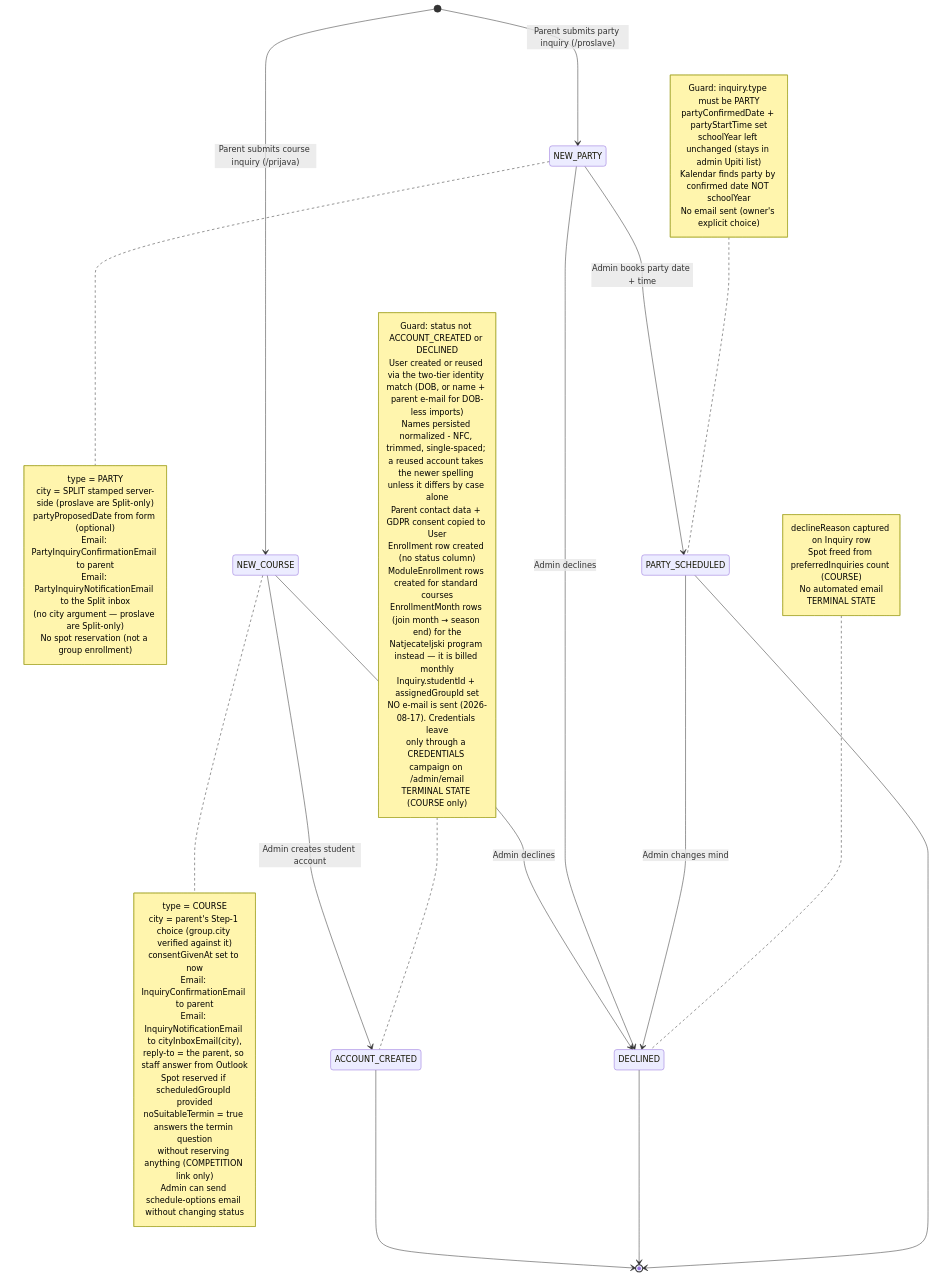
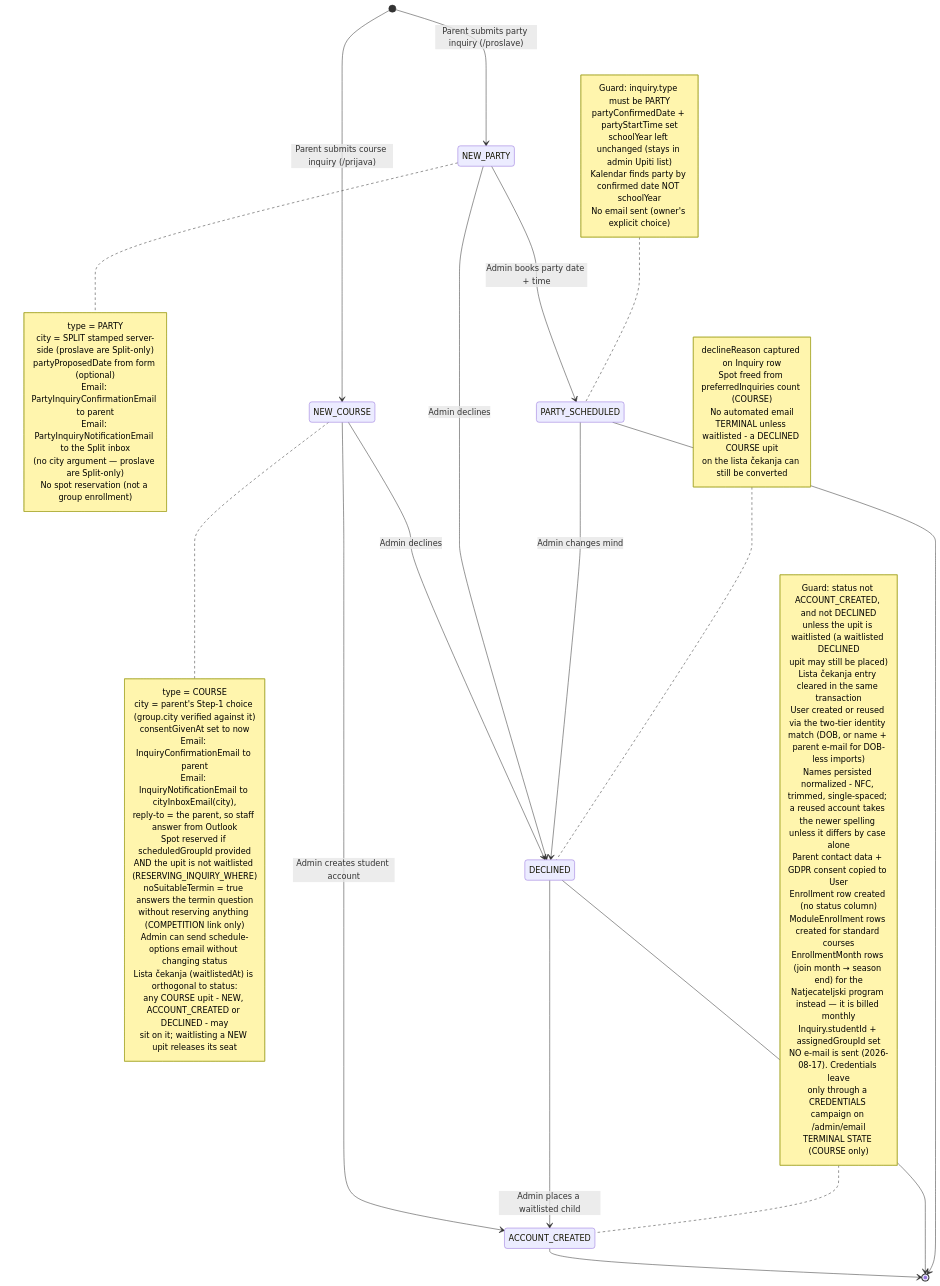
Before and after one commit to jpucic00/inovatic: the first of 17 diagrams in docs/diagrams/enrollment-rules.md, drawn with Mermaid. The commit also changed other lines of this file and 19 other files, not shown here.

First line of the commit message:
Zamjene i lista čekanja: popravci iz validacije, novi upit ne izlazi s liste bez rješenja

````diff
--- a/docs/diagrams/enrollment-rules.md
+++ b/docs/diagrams/enrollment-rules.md
@@ -13,70 +13,79 @@
 ```mermaid
 stateDiagram-v2
     [*] --> NEW_COURSE: Parent submits course inquiry (/prijava)
     [*] --> NEW_PARTY: Parent submits party inquiry (/proslave)
 
     NEW_COURSE --> ACCOUNT_CREATED: Admin creates student account
     NEW_COURSE --> DECLINED: Admin declines
 
     NEW_PARTY --> PARTY_SCHEDULED: Admin books party date + time
     NEW_PARTY --> DECLINED: Admin declines
 
     PARTY_SCHEDULED --> DECLINED: Admin changes mind
+    DECLINED --> ACCOUNT_CREATED: Admin places a waitlisted child
 
     ACCOUNT_CREATED --> [*]
     DECLINED --> [*]
     PARTY_SCHEDULED --> [*]
 
     note right of NEW_COURSE
         type = COURSE
         city = parent's Step-1 choice (group.city verified against it)
         consentGivenAt set to now
         Email: InquiryConfirmationEmail to parent
         Email: InquiryNotificationEmail to cityInboxEmail(city),
         reply-to = the parent, so staff answer from Outlook
         Spot reserved if scheduledGroupId provided
+        AND the upit is not waitlisted (RESERVING_INQUIRY_WHERE)
         noSuitableTermin = true answers the termin question
         without reserving anything (COMPETITION link only)
         Admin can send schedule-options email without changing status
+        Lista čekanja (waitlistedAt) is orthogonal to status:
+        any COURSE upit - NEW, ACCOUNT_CREATED or DECLINED - may
+        sit on it; waitlisting a NEW upit releases its seat
     end note
 
     note right of NEW_PARTY
         type = PARTY
         city = SPLIT stamped server-side (proslave are Split-only)
         partyProposedDate from form (optional)
         Email: PartyInquiryConfirmationEmail to parent
         Email: PartyInquiryNotificationEmail to the Split inbox
         (no city argument — proslave are Split-only)
         No spot reservation (not a group enrollment)
     end note
 
     note left of ACCOUNT_CREATED
-        Guard: status not ACCOUNT_CREATED or DECLINED
+        Guard: status not ACCOUNT_CREATED, and not DECLINED
+        unless the upit is waitlisted (a waitlisted DECLINED
+        upit may still be placed)
+        Lista čekanja entry cleared in the same transaction
         User created or reused via the two-tier identity match (DOB, or name + parent e-mail for DOB-less imports)
         Names persisted normalized - NFC, trimmed, single-spaced; a reused account takes the newer spelling unless it differs by case alone
         Parent contact data + GDPR consent copied to User
         Enrollment row created (no status column)
         ModuleEnrollment rows created for standard courses
         EnrollmentMonth rows (join month → season end) for the
         Natjecateljski program instead — it is billed monthly
         Inquiry.studentId + assignedGroupId set
         NO e-mail is sent (2026-08-17). Credentials leave
         only through a CREDENTIALS campaign on /admin/email
         TERMINAL STATE (COURSE only)
     end note
 
     note left of PARTY_SCHEDULED
         Guard: inquiry.type must be PARTY
         partyConfirmedDate + partyStartTime set
         schoolYear left unchanged (stays in admin Upiti list)
         Kalendar finds party by confirmed date NOT schoolYear
         No email sent (owner's explicit choice)
     end note
 
     note left of DECLINED
         declineReason captured on Inquiry row
         Spot freed from preferredInquiries count (COURSE)
         No automated email
-        TERMINAL STATE
+        TERMINAL unless waitlisted - a DECLINED COURSE upit
+        on the lista čekanja can still be converted
     end note
 ```
````
